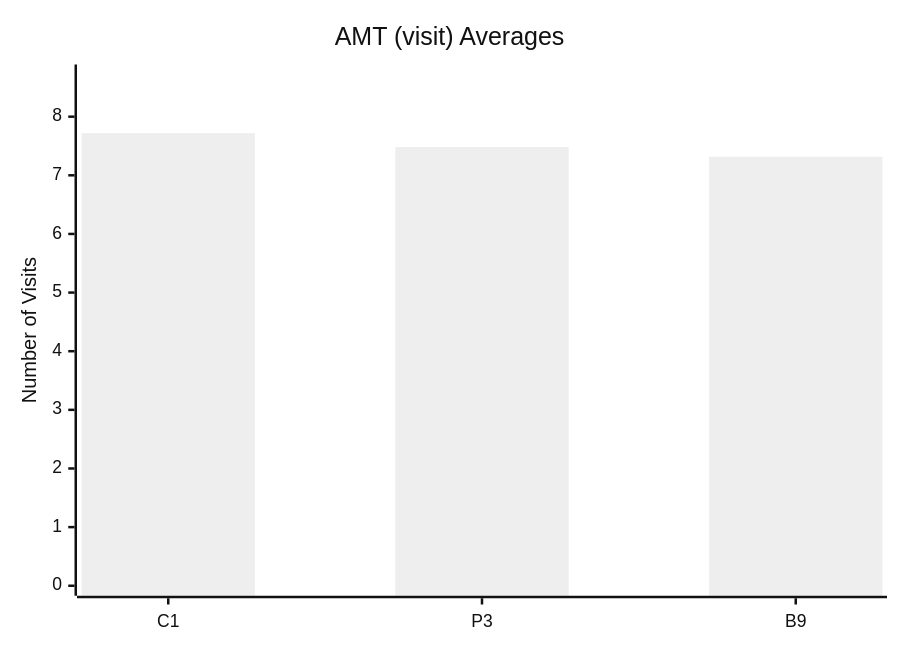
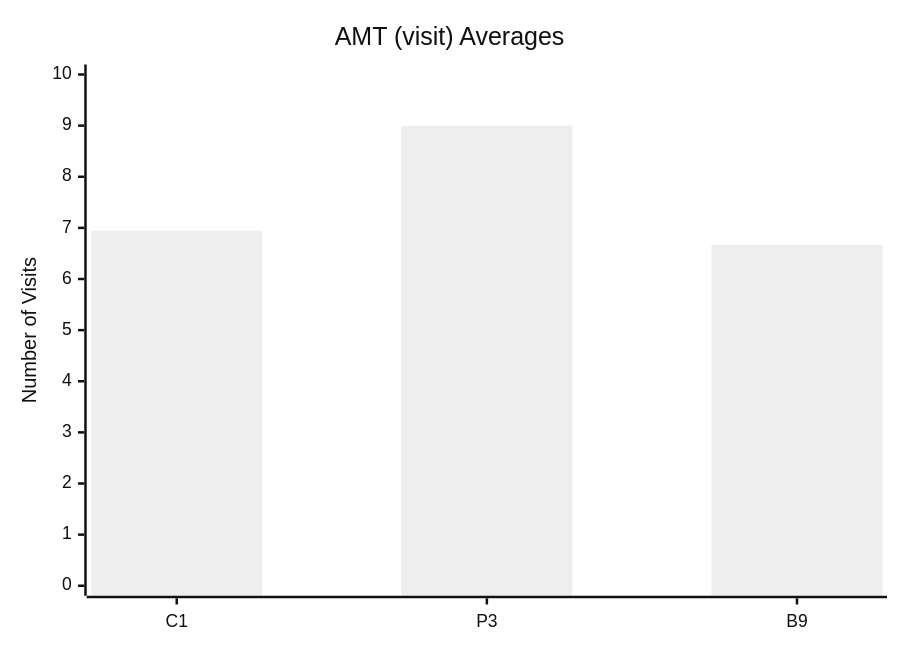
Before and after one commit to dhagan-va/intern-2025: the tenth of 10 diagrams in test-tools/DataGen/src/Statistics_Visualizer.md, drawn with Mermaid (neutral theme). The commit also changed other lines of this file and 3 other files, not shown here.

````diff
--- a/test-tools/DataGen/src/Statistics_Visualizer.md
+++ b/test-tools/DataGen/src/Statistics_Visualizer.md
@@ -107,7 +107,7 @@
 ```mermaid
 xychart-beta
     title "AMT (visit) Averages"
     x-axis ["C1", "P3", "B9"]
-    y-axis "Number of Visits" 0 --> 8.719280719280718
-    bar [7.719280719280719, 7.481518481518481, 7.316683316683316]
+    y-axis "Number of Visits" 0 --> 10.0
+    bar [6.944444444444445, 9.0, 6.666666666666667]
 ```
````
